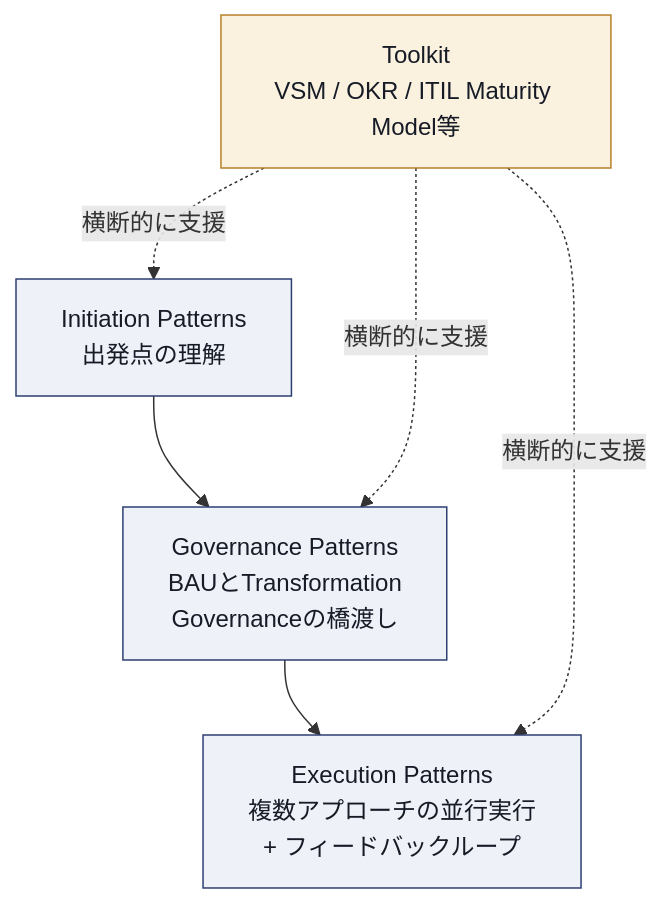
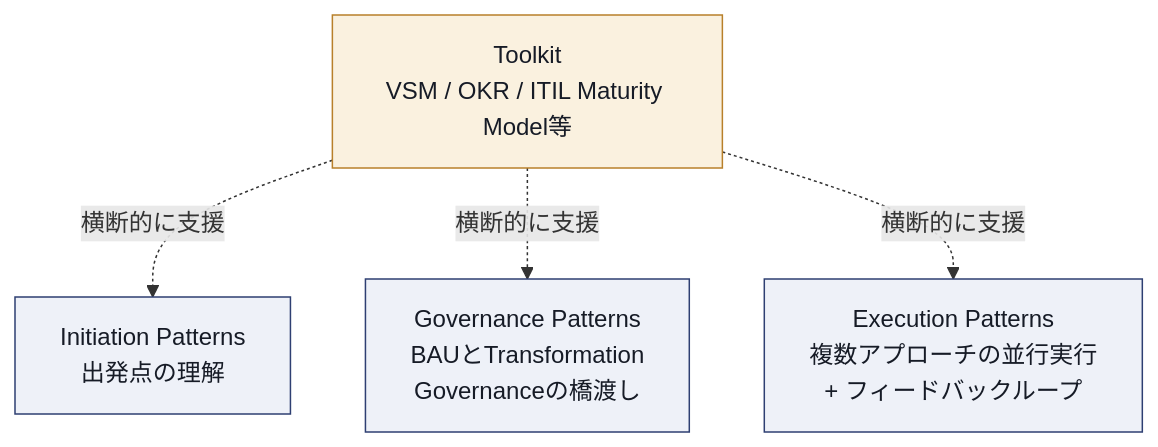
One commit to myoshi2891/Management-Team-Building-Studies changed the seventh of 15 diagrams in Itil-transformation-v5-study-guide.md. Above: the diagram before and after it, drawn with Mermaid. The commit also changed other lines of this file, not shown here.

Commit message:
docs(itil-transformation): clarify SVC continuity in Version 5 and refine pattern diagram

````diff
--- a/Itil-transformation-v5-study-guide.md
+++ b/Itil-transformation-v5-study-guide.md
@@ -388,13 +388,14 @@
 ```mermaid
 flowchart TB
-    IP["Initiation Patterns<br/>出発点の理解"] --> GP["Governance Patterns<br/>BAUとTransformation<br/>Governanceの橋渡し"]
-    GP --> EP["Execution Patterns<br/>複数アプローチの並行実行<br/>+ フィードバックループ"]
+    IP["Initiation Patterns<br/>出発点の理解"]
+    GP["Governance Patterns<br/>BAUとTransformation<br/>Governanceの橋渡し"]
+    EP["Execution Patterns<br/>複数アプローチの並行実行<br/>+ フィードバックループ"]
     TK["Toolkit<br/>VSM / OKR / ITIL Maturity Model等"] -.横断的に支援.-> IP
     TK -.横断的に支援.-> GP
     TK -.横断的に支援.-> EP
 
     classDef box fill:#EEF1F8,stroke:#2E3F72,color:#161B26
     classDef hub fill:#FAF1DF,stroke:#B8802A,color:#161B26
     class IP,GP,EP box
     class TK hub
 ```
````
